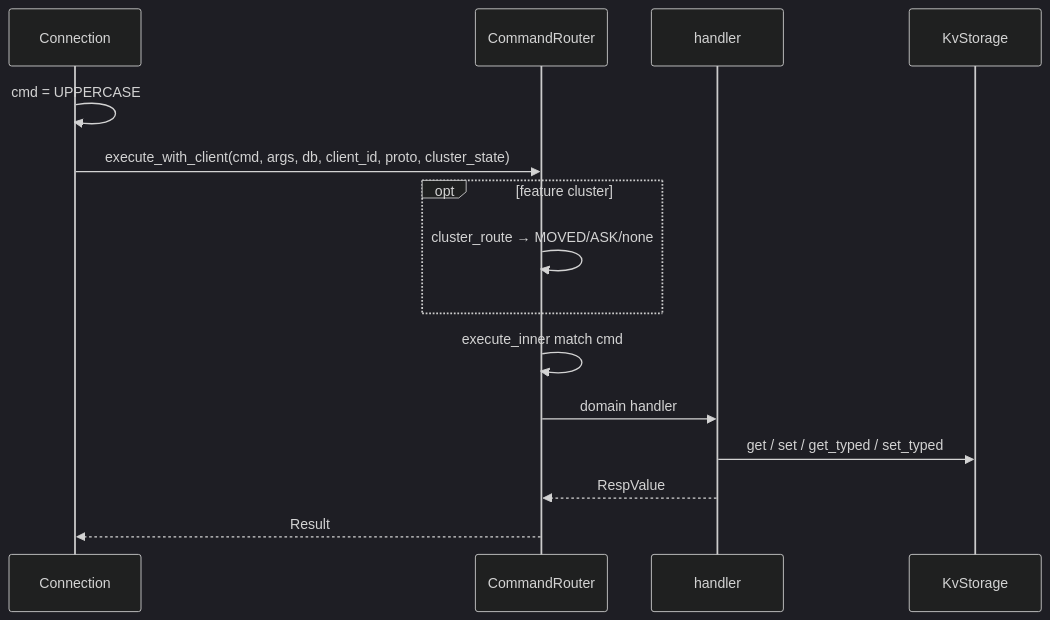
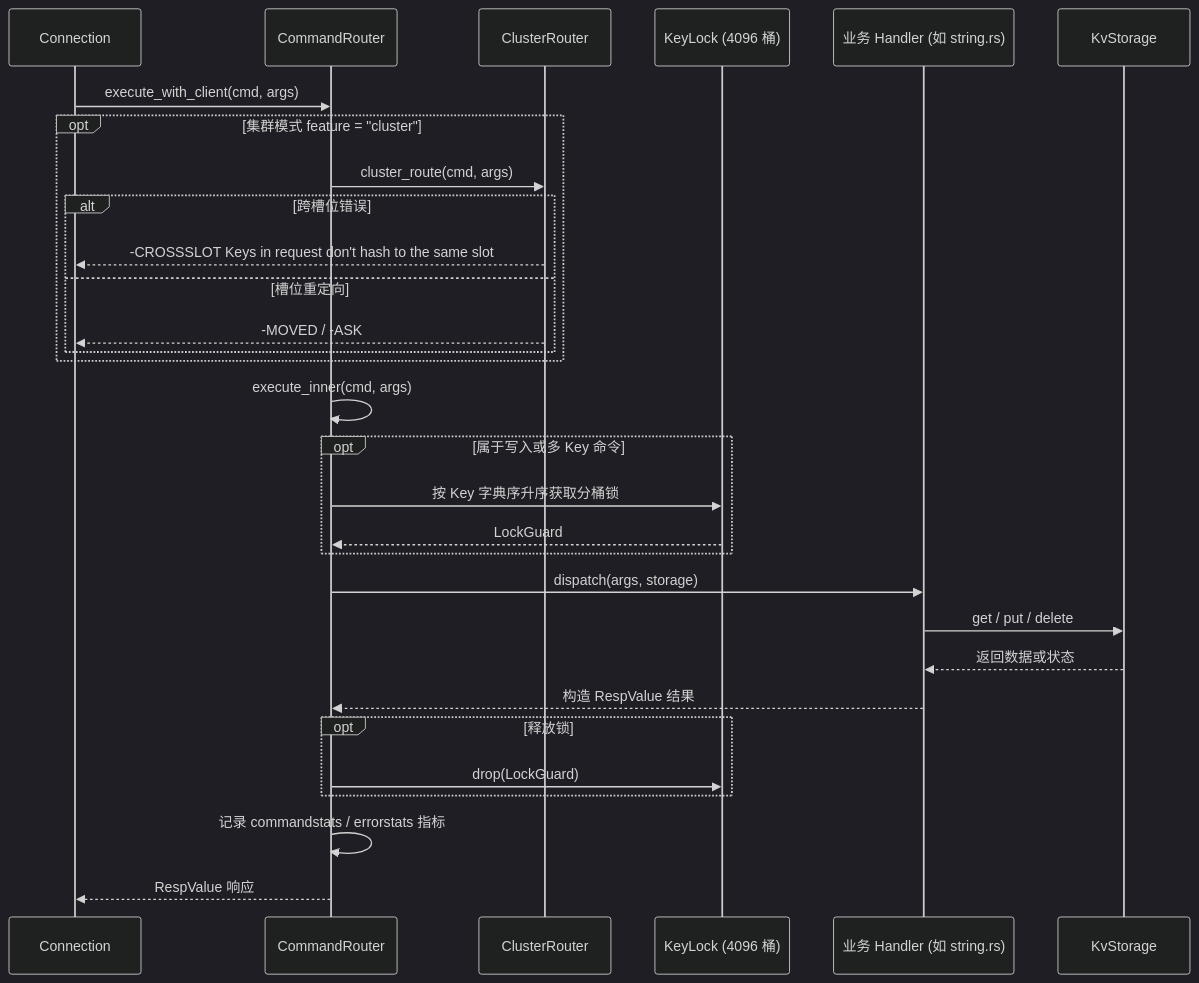
One commit to Genuineh/AiKv changed the diagram in docs/modules/04-commands-core.md. Above: the diagram before and after it, drawn with Mermaid (dark theme). The commit also changed other lines of this file and 16 other files, not shown here.

````diff
--- a/docs/modules/04-commands-core.md
+++ b/docs/modules/04-commands-core.md
@@ -81,18 +59,39 @@
 ```mermaid
 sequenceDiagram
-  participant C as Connection
-  participant R as CommandRouter
-  participant H as handler
-  participant K as KvStorage
+    participant Conn as Connection
+    participant Router as CommandRouter
+    participant Cluster as ClusterRouter
+    participant KL as KeyLock (4096 桶)
+    participant Handler as 业务 Handler (如 string.rs)
+    participant Storage as KvStorage
 
-  C->>C: cmd = UPPERCASE
-  C->>R: execute_with_client(cmd, args, db, client_id, proto, cluster_state)
-  opt feature cluster
-    R->>R: cluster_route → MOVED/ASK/none
-  end
-  R->>R: execute_inner match cmd
-  R->>H: domain handler
-  H->>K: get / set / get_typed / set_typed
-  H-->>R: RespValue
-  R-->>C: Result
+    Conn->>Router: execute_with_client(cmd, args)
+    
+    opt 集群模式 feature = "cluster"
+        Router->>Cluster: cluster_route(cmd, args)
+        alt 跨槽位错误
+            Cluster-->>Conn: -CROSSSLOT Keys in request don't hash to the same slot
+        else 槽位重定向
+            Cluster-->>Conn: -MOVED / -ASK
+        end
+    end
+
+    Router->>Router: execute_inner(cmd, args)
+    
+    opt 属于写入或多 Key 命令
+        Router->>KL: 按 Key 字典序升序获取分桶锁
+        KL-->>Router: LockGuard
+    end
+
+    Router->>Handler: dispatch(args, storage)
+    Handler->>Storage: get / put / delete
+    Storage-->>Handler: 返回数据或状态
+    Handler-->>Router: 构造 RespValue 结果
+    
+    opt 释放锁
+        Router->>KL: drop(LockGuard)
+    end
+
+    Router->>Router: 记录 commandstats / errorstats 指标
+    Router-->>Conn: RespValue 响应
 ```
````
